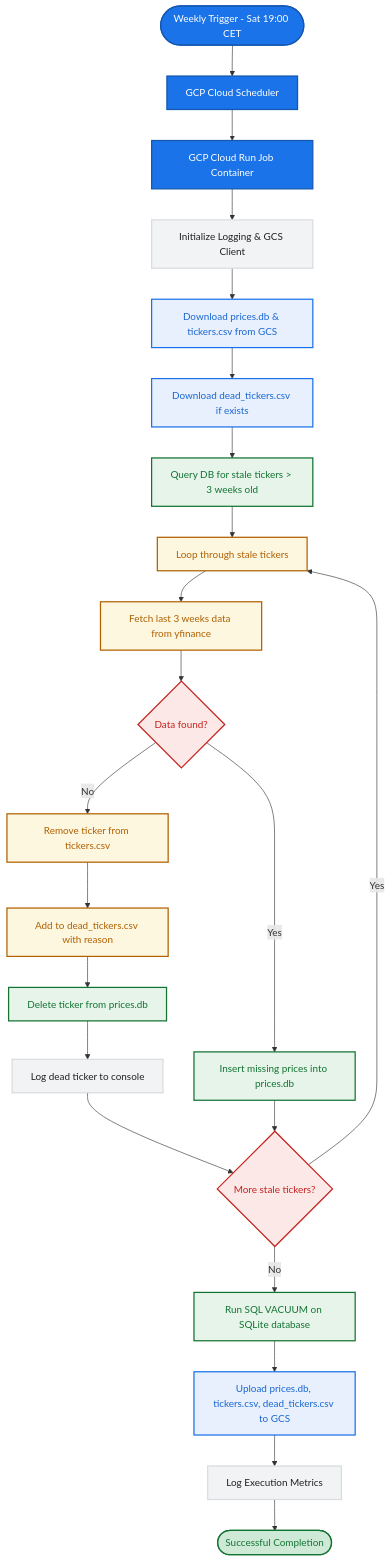
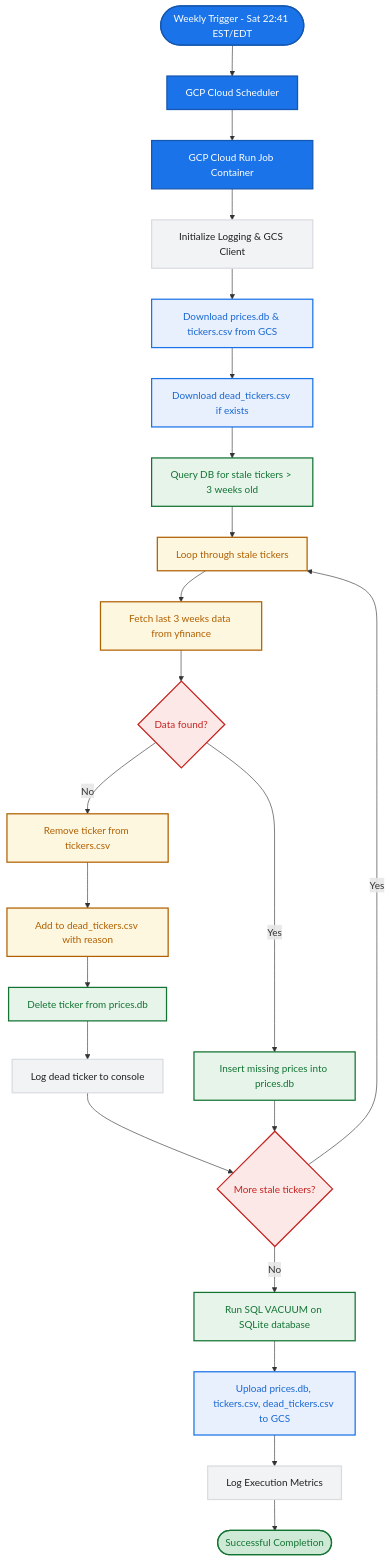
The diagram in specs/02-ticker-checker.md (ulf1/trading-regime), drawn with Mermaid before and after one commit. The commit also changed other lines of this file and 5 other files, not shown here.

Commit message:
chore: migrate all Cloud Scheduler job times from CET to EST/EDT time zone

````diff
--- a/specs/02-ticker-checker.md
+++ b/specs/02-ticker-checker.md
@@ -38,56 +38,56 @@
 ```mermaid
 graph TD
     %% Styling and Theme
     classDef trigger fill:#1a73e8,stroke:#1557b0,stroke-width:2px,color:#fff;
     classDef startup fill:#f1f3f4,stroke:#dadce0,stroke-width:2px,color:#202124;
     classDef storage fill:#e8f0fe,stroke:#1a73e8,stroke-width:2px,color:#1967d2;
     classDef database fill:#e6f4ea,stroke:#137333,stroke-width:2px,color:#137333;
     classDef process fill:#fef7e0,stroke:#b06000,stroke-width:2px,color:#b06000;
     classDef decision fill:#fce8e6,stroke:#c5221f,stroke-width:2px,color:#c5221f;
     classDef finish fill:#ceead6,stroke:#137333,stroke-width:2px,color:#137333;
 
     %% Workflow Nodes
-    Start([Weekly Trigger - Sat 19:00 CET]) --> Scheduler[GCP Cloud Scheduler]
+    Start([Weekly Trigger - Sat 22:41 EST/EDT]) --> Scheduler[GCP Cloud Scheduler]
     Scheduler --> Job[GCP Cloud Run Job Container]
     
     %% Startup Phase
     Job --> InitLog[Initialize Logging & GCS Client]
     InitLog --> DLFiles[Download prices.db & tickers.csv from GCS]
     DLFiles --> DLDead[Download dead_tickers.csv if exists]
     
     %% Processing & Identification
     DLDead --> QueryDB[Query DB for stale tickers > 3 weeks old]
     QueryDB --> LoopTickers[Loop through stale tickers]
     
     %% Ticker Loop
     LoopTickers --> FetchData[Fetch last 3 weeks data from yfinance]
     FetchData --> HasData{Data found?}
     
     %% Missing Data Path (Dead Ticker)
     HasData -- No --> RemoveCSV[Remove ticker from tickers.csv]
     RemoveCSV --> AddDead[Add to dead_tickers.csv with reason]
     AddDead --> DeleteDB[Delete ticker from prices.db]
     DeleteDB --> LogDead[Log dead ticker to console]
     LogDead --> CheckMore{More stale tickers?}
     
     %% Data Found Path (Stale but alive)
     HasData -- Yes --> InsertDB[Insert missing prices into prices.db]
     InsertDB --> CheckMore
     
     CheckMore -- Yes --> LoopTickers
     
     %% Teardown Phase
     CheckMore -- No --> VacuumDB[Run SQL VACUUM on SQLite database]
     VacuumDB --> UploadFiles[Upload prices.db, tickers.csv, dead_tickers.csv to GCS]
     UploadFiles --> FinalLog[Log Execution Metrics]
     FinalLog --> End([Successful Completion])
 
     %% Class Assignments
     class Start,Scheduler,Job trigger;
     class InitLog,FinalLog,LogDead startup;
     class DLFiles,DLDead,UploadFiles storage;
     class QueryDB,DeleteDB,InsertDB,VacuumDB database;
     class LoopTickers,FetchData,RemoveCSV,AddDead process;
     class HasData,CheckMore decision;
     class End finish;
 ```
````
